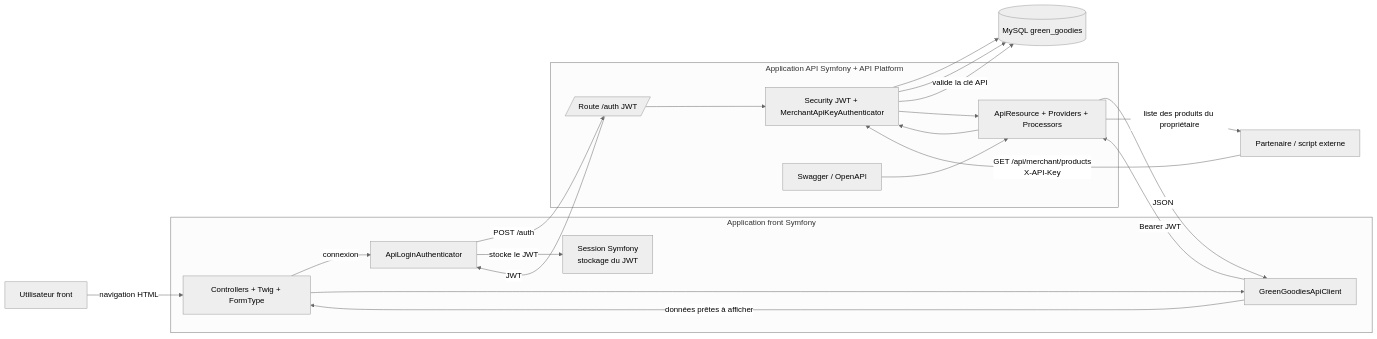
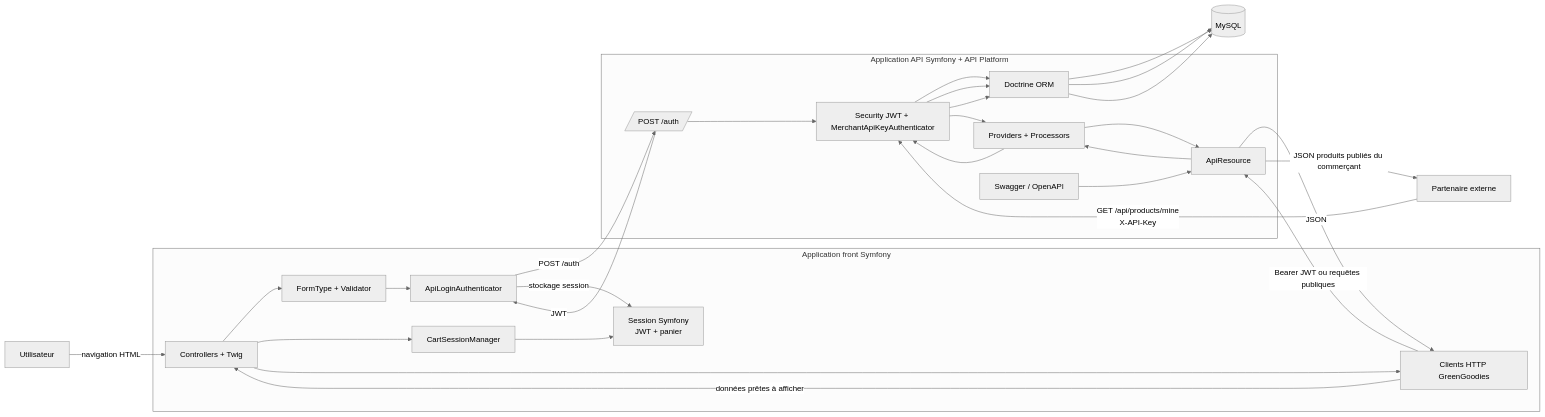
One commit to Corvaxx117/GreenGoodies changed the second of 2 diagrams in docs/architecture.md. Above: the diagram before and after it, drawn with Mermaid (neutral theme). The commit also changed other lines of this file and 24 other files, not shown here.

Commit message:
updating front and api files

````diff
--- a/docs/architecture.md
+++ b/docs/architecture.md
@@ -84,43 +93,56 @@
 ```mermaid
 flowchart LR
-    U[Utilisateur front]
-    P[Partenaire / script externe]
+    U[Utilisateur]
+    P[Partenaire externe]
 
     subgraph FRONT[Application front Symfony]
-        TWIG[Controllers + Twig + FormType]
-        SESSION[Session Symfony<br/>stockage du JWT]
-        CLIENT[GreenGoodiesApiClient]
+        TWIG[Controllers + Twig]
+        FORM[FormType + Validator]
+        SESSION[Session Symfony<br/>JWT + panier]
+        CART[CartSessionManager]
+        HTTP[Clients HTTP GreenGoodies]
         AUTH[ApiLoginAuthenticator]
     end
 
     subgraph API[Application API Symfony + API Platform]
-        LOGIN[/Route /auth JWT/]
-        RES[ApiResource + Providers + Processors]
+        LOGIN[/POST /auth/]
+        RES[ApiResource]
+        STATE[Providers + Processors]
         SEC[Security JWT + MerchantApiKeyAuthenticator]
+        ORM[Doctrine ORM]
         DOC[Swagger / OpenAPI]
     end
 
-    DB[(MySQL green_goodies)]
+    DB[(MySQL)]
 
     U -->|navigation HTML| TWIG
-    TWIG -->|connexion| AUTH
+    TWIG --> FORM
+    FORM --> AUTH
     AUTH -->|POST /auth| LOGIN
     LOGIN --> SEC
-    SEC --> DB
+    SEC --> ORM
+    ORM --> DB
     LOGIN -->|JWT| AUTH
-    AUTH -->|stocke le JWT| SESSION
+    AUTH -->|stockage session| SESSION
 
-    TWIG --> CLIENT
-    CLIENT -->|Bearer JWT| RES
-    RES --> SEC
-    SEC --> DB
-    RES -->|JSON| CLIENT
-    CLIENT -->|données prêtes à afficher| TWIG
+    TWIG --> CART
+    CART --> SESSION
 
-    P -->|GET /api/merchant/products<br/>X-API-Key| SEC
-    SEC -->|valide la clé API| DB
-    SEC --> RES
-    RES -->|liste des produits du propriétaire| P
+    TWIG --> HTTP
+    HTTP -->|Bearer JWT ou requêtes publiques| RES
+    RES --> STATE
+    STATE --> SEC
+    SEC --> ORM
+    ORM --> DB
+    RES -->|JSON| HTTP
+    HTTP -->|données prêtes à afficher| TWIG
+
+    P -->|GET /api/products/mine<br/>X-API-Key| SEC
+    SEC --> ORM
+    ORM --> DB
+    SEC --> STATE
+    STATE --> RES
+    RES -->|JSON produits publiés du commerçant| P
 
     DOC --> RES
 ```
````
